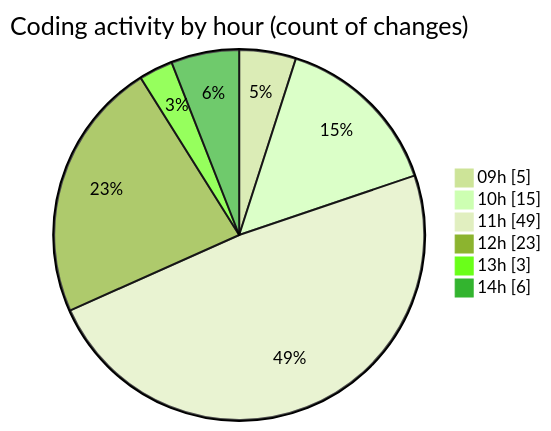
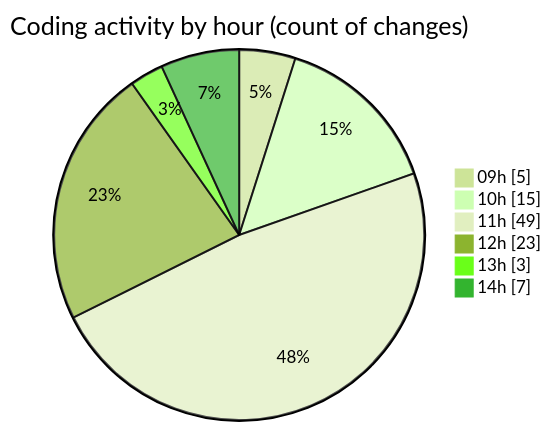
One commit to CELIANVF/code-tracking changed the second of 2 diagrams in 2025-06-13/ecodeli-1/README.md. Above: the diagram before and after it, drawn with Mermaid (forest theme). The commit also changed other lines of this file and 1 other file, not shown here.

````diff
--- a/2025-06-13/ecodeli-1/README.md
+++ b/2025-06-13/ecodeli-1/README.md
@@ -51,10 +51,10 @@
 ```mermaid
 pie showData
 title Coding activity by hour (count of changes)
 "09h" : 5
 "10h" : 15
 "11h" : 49
 "12h" : 23
 "13h" : 3
-"14h" : 6
+"14h" : 7
 ```
````
